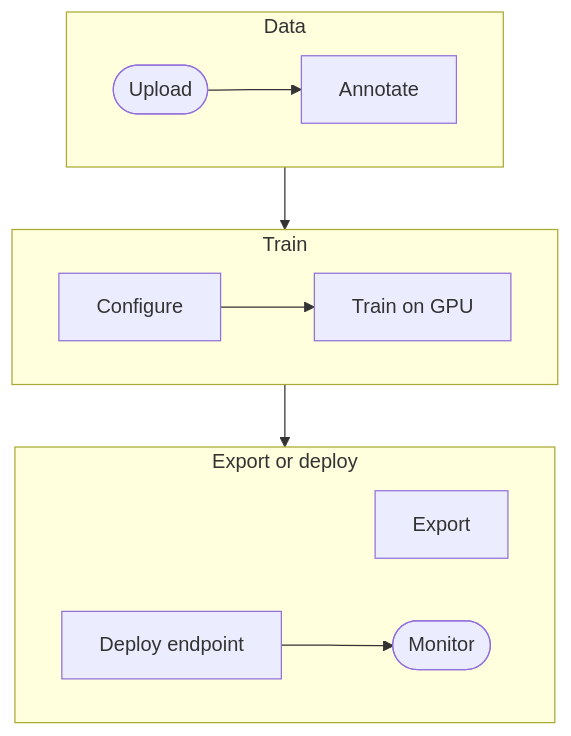
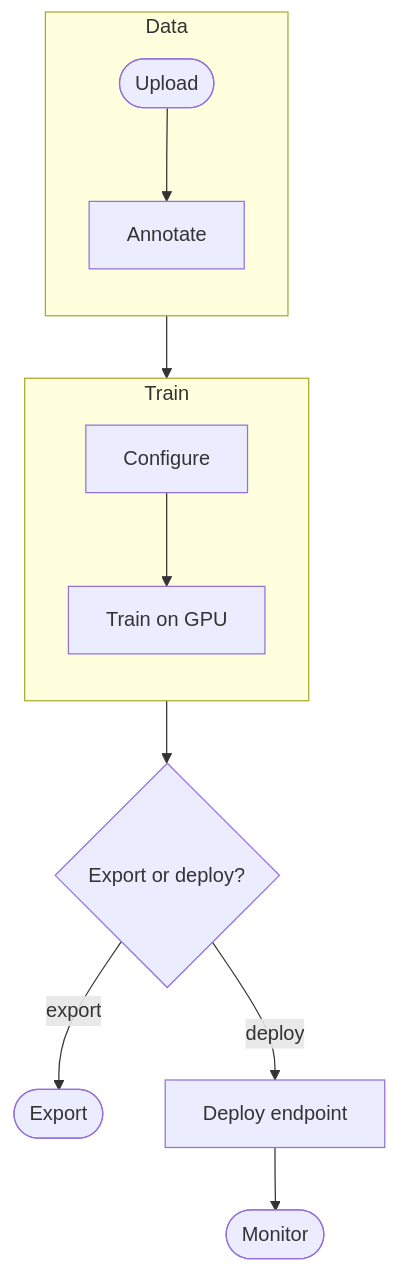
The first of 3 diagrams in docs/en/platform/index.md (ultralytics/ultralytics), drawn with Mermaid before and after one commit. The commit also changed other lines of this file and 10 other files, not shown here.

First line of the commit message:
Fix Mermaid review findings and re-tune diagrams for the dagre layout

````diff
--- a/docs/en/platform/index.md
+++ b/docs/en/platform/index.md
@@ -22,15 +22,16 @@
 ```mermaid
 flowchart TD
     subgraph data["Data"]
+        direction TB
         A([Upload]) --> B[Annotate]
     end
     subgraph train["Train"]
+        direction TB
         C[Configure] --> D[Train on GPU]
     end
-    subgraph ship["Export or deploy"]
-        F[Export]
-        G[Deploy endpoint] --> H([Monitor])
-    end
     data --> train
-    train --> ship
+    train --> E{Export or deploy?}
+    E -->|export| F([Export])
+    E -->|deploy| G[Deploy endpoint]
+    G --> H([Monitor])
 ```
````
